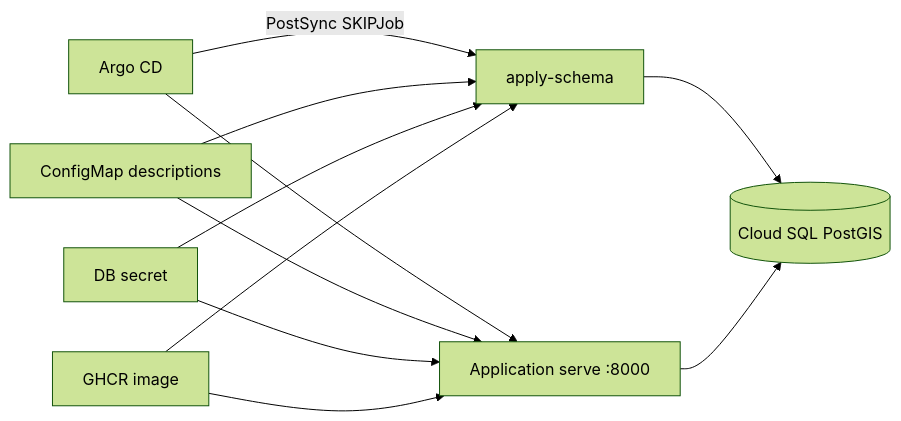
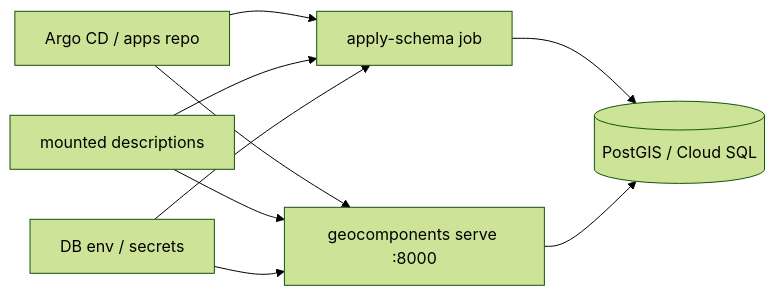
One commit to kartverket/topografisk-gdb-api changed the eighth of 8 diagrams in docs/ARCHITECTURE.md. Above: the diagram before and after it, drawn with Mermaid (forest theme). The commit also changed other lines of this file and 38 other files, not shown here.

````diff
--- a/docs/ARCHITECTURE.md
+++ b/docs/ARCHITECTURE.md
@@ -176,13 +266,11 @@
 ```mermaid
 flowchart LR
-  Argo[Argo CD] -->|PostSync SKIPJob| Job["apply-schema"]
-  Argo --> App["Application serve :8000"]
-  CM[ConfigMap descriptions] --> Job
+  Argo["Argo CD / apps repo"] --> Job["apply-schema job"]
+  Argo --> App["geocomponents serve :8000"]
+  CM["mounted descriptions"] --> Job
   CM --> App
-  Secret[DB secret] --> Job
+  Secret["DB env / secrets"] --> Job
   Secret --> App
-  Job --> SQL[(Cloud SQL PostGIS)]
+  Job --> SQL[("PostGIS / Cloud SQL")]
   App --> SQL
-  GHCR[GHCR image] --> Job
-  GHCR --> App
 ```
````
